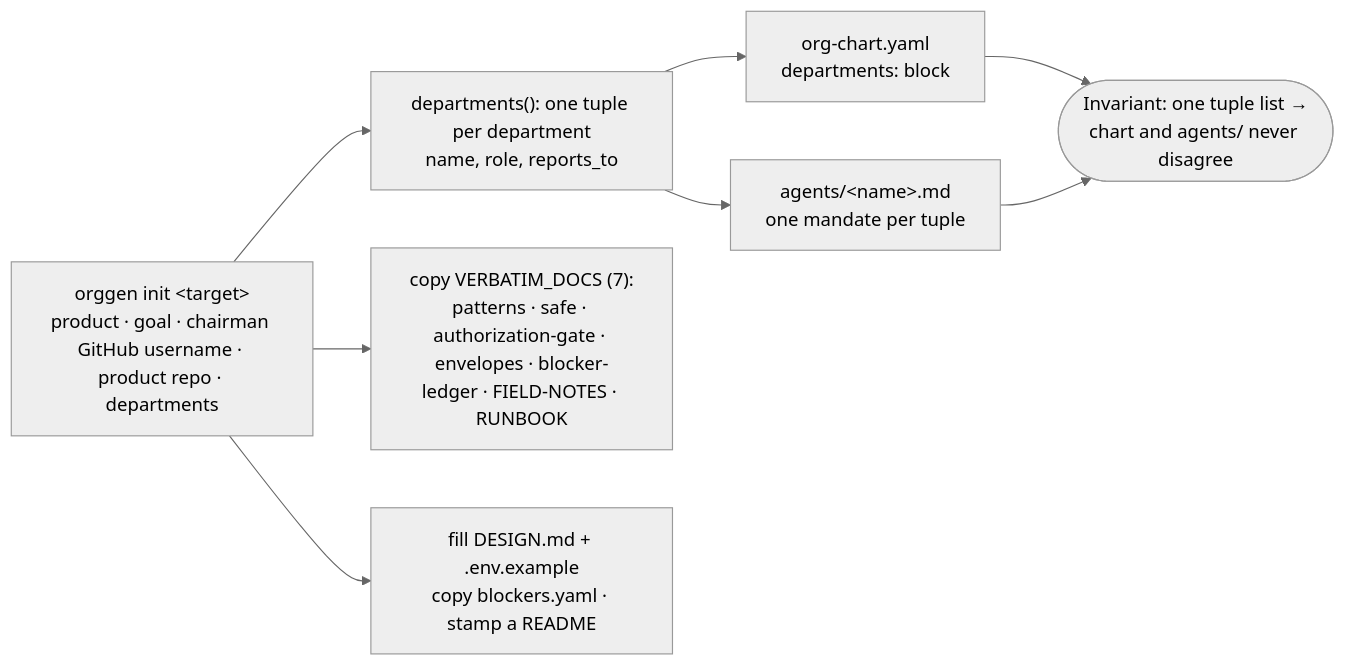
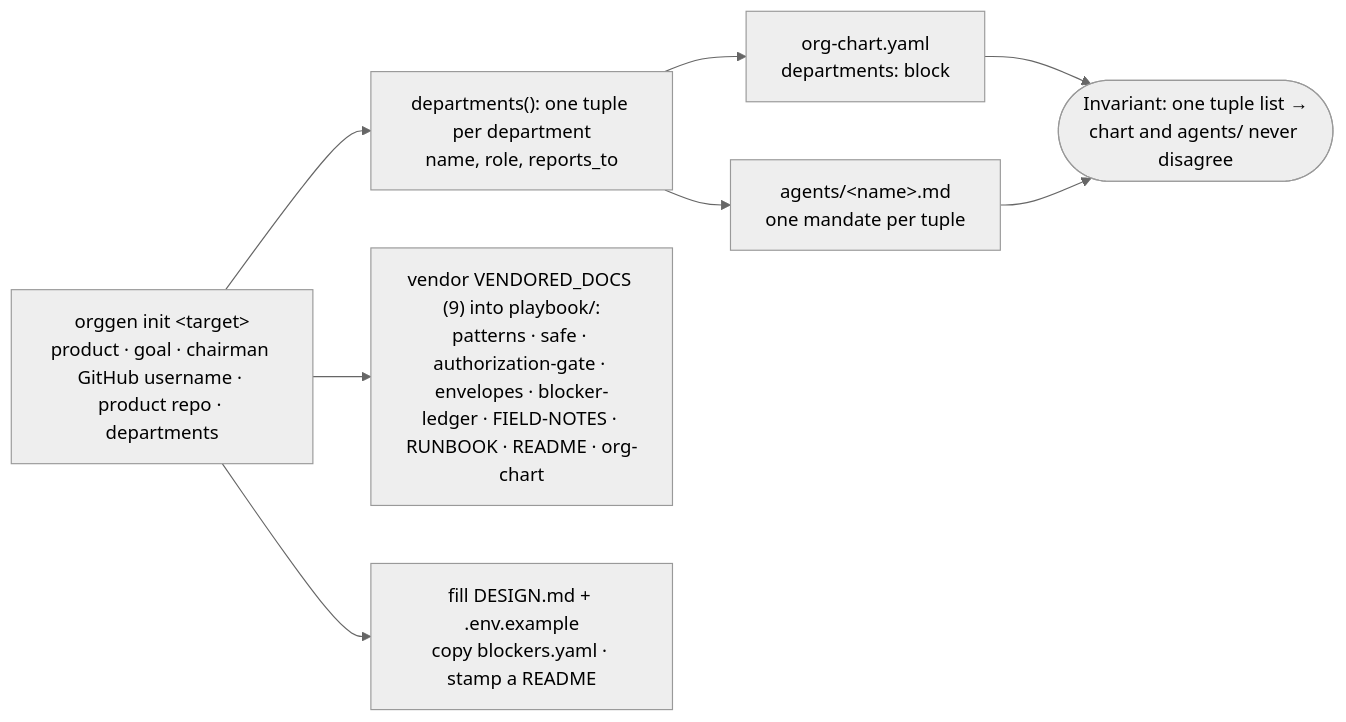
Before and after one commit to johnplantada/scrum-jail-governance-playbook: the ninth of 10 diagrams in docs/ARCHITECTURE.md, drawn with Mermaid (neutral theme). The commit also changed other lines of this file and 23 other files, not shown here.

````diff
--- a/docs/ARCHITECTURE.md
+++ b/docs/ARCHITECTURE.md
@@ -321,10 +331,10 @@
 ```mermaid
 flowchart LR
     Args["orggen init &lt;target&gt;<br/>product · goal · chairman GitHub username · product repo · departments"] --> Tup["departments(): one tuple per department<br/>name, role, reports_to"]
     Tup --> Chart["org-chart.yaml<br/>departments: block"]
     Tup --> Agents["agents/&lt;name&gt;.md<br/>one mandate per tuple"]
-    Args --> Docs["copy VERBATIM_DOCS (7):<br/>patterns · safe · authorization-gate · envelopes · blocker-ledger · FIELD-NOTES · RUNBOOK"]
+    Args --> Docs["vendor VENDORED_DOCS (9) into playbook/:<br/>patterns · safe · authorization-gate · envelopes · blocker-ledger · FIELD-NOTES · RUNBOOK · README · org-chart"]
     Args --> Fill["fill DESIGN.md + .env.example<br/>copy blockers.yaml · stamp a README"]
     Chart --> Inv(["Invariant: one tuple list →<br/>chart and agents/ never disagree"])
     Agents --> Inv
 ```
````
